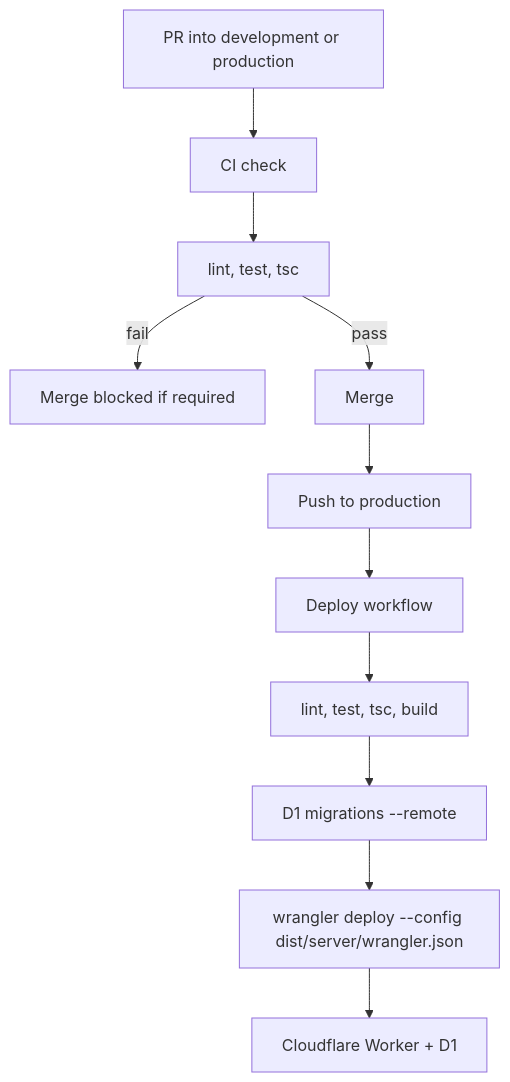
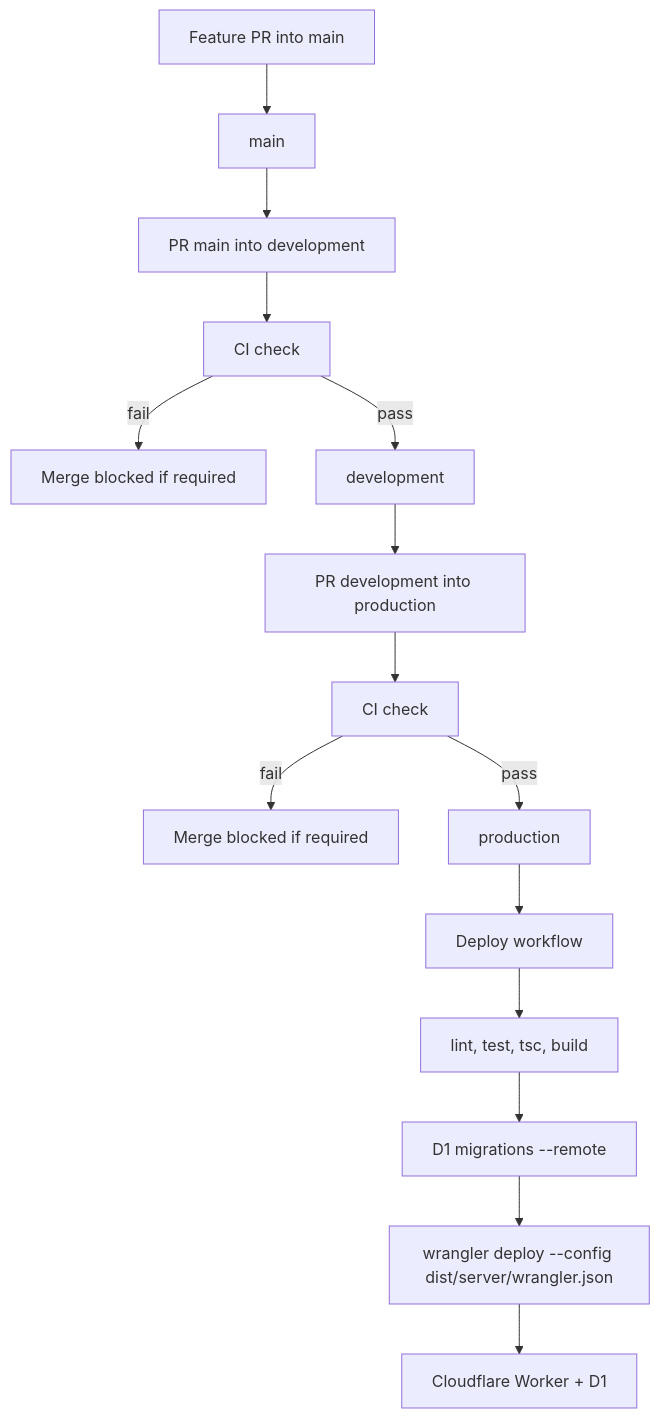
One commit to yogzis/Padel-Mate changed the sixth of 24 diagrams in docs/04-project-diagrams.md. Above: the diagram before and after it, drawn with Mermaid. The commit also changed other lines of this file and 2 other files, not shown here.

Commit message:
Document one-way main to development to production promotion.
Stop reverse merges that create two merge bases and repeat the same file conflicts.

````diff
--- a/docs/04-project-diagrams.md
+++ b/docs/04-project-diagrams.md
@@ -168,13 +168,17 @@
 ```mermaid
 flowchart TD
-  A[PR into development or production] --> B[CI check]
-  B --> C[lint, test, tsc]
-  C -->|fail| D[Merge blocked if required]
-  C -->|pass| E[Merge]
-  E --> F[Push to production]
-  F --> G[Deploy workflow]
+  F[Feature PR into main] --> M[main]
+  M --> P1[PR main into development]
+  P1 --> C1[CI check]
+  C1 -->|fail| D1[Merge blocked if required]
+  C1 -->|pass| Dev[development]
+  Dev --> P2[PR development into production]
+  P2 --> C2[CI check]
+  C2 -->|fail| D2[Merge blocked if required]
+  C2 -->|pass| Prod[production]
+  Prod --> G[Deploy workflow]
   G --> H[lint, test, tsc, build]
   H --> I[D1 migrations --remote]
   I --> J["wrangler deploy --config dist/server/wrangler.json"]
   J --> K[Cloudflare Worker + D1]
 ```
````
